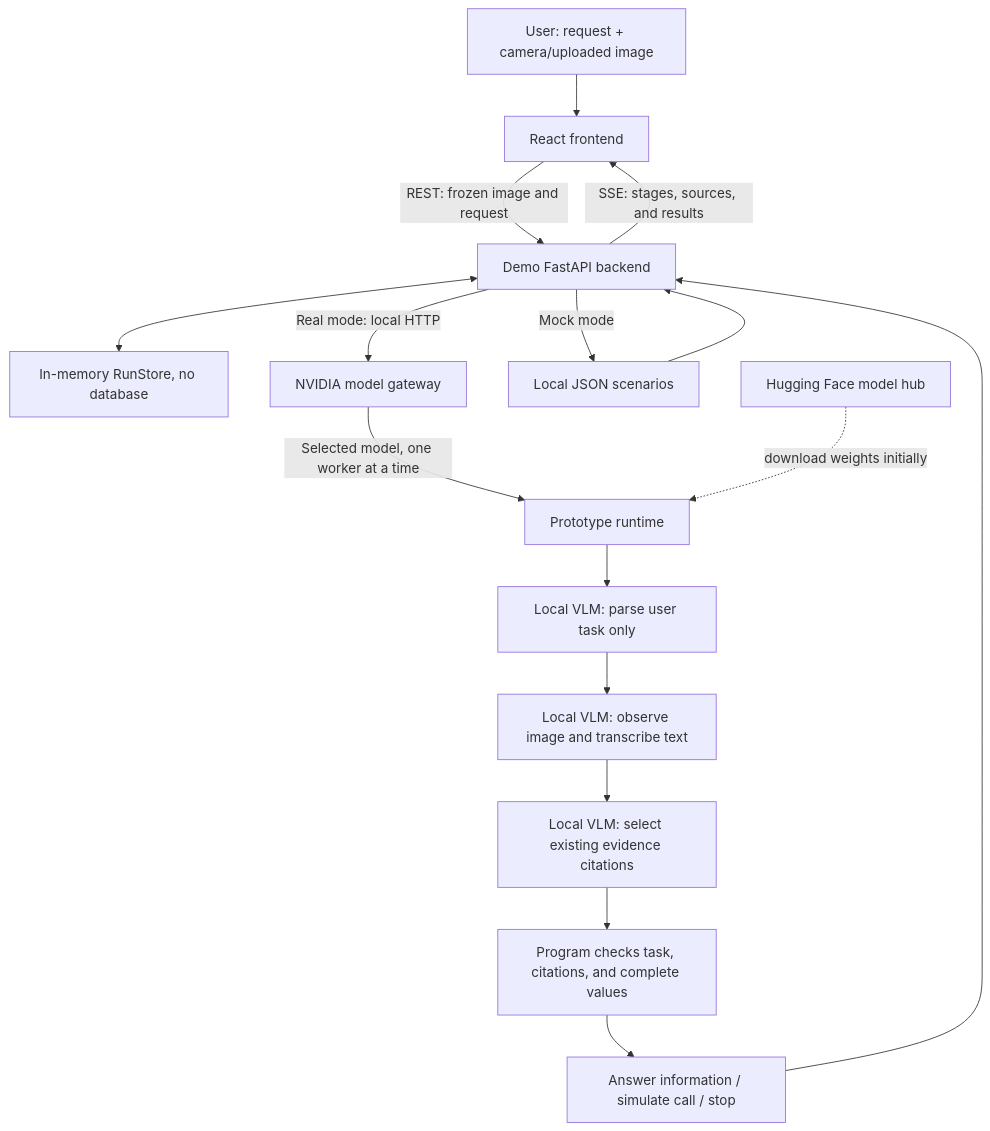
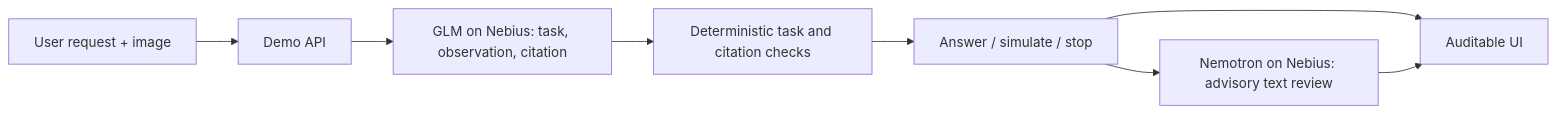
The diagram in README.md (tyc4d/LensGuard), drawn with Mermaid before and after one commit. The commit also changed other lines of this file and 183 other files, not shown here.

Commit message:
Polish demo, research paper and validation evidence

````diff
--- a/README.md
+++ b/README.md
@@ -39,18 +21,10 @@
 ```mermaid
-flowchart TD
-    U[User: request + camera/uploaded image] --> F[React frontend]
-    F -->|REST: frozen image and request| B[Demo FastAPI backend]
-    B -->|SSE: stages, sources, and results| F
-    B <--> R[In-memory RunStore, no database]
-    B -->|Real mode: local HTTP| N[NVIDIA model gateway]
-    N -->|Selected model, one worker at a time| P[Prototype runtime]
-    B -->|Mock mode| M[Local JSON scenarios]
-    P --> T[Local VLM: parse user task only]
-    T --> V[Local VLM: observe image and transcribe text]
-    V --> C[Local VLM: select existing evidence citations]
-    C --> G[Program checks task, citations, and complete values]
-    G --> O[Answer information / simulate call / stop]
-    O --> B
-    M --> B
-    H[Hugging Face model hub] -.download weights initially.-> P
+flowchart LR
+    U[User request + image] --> B[Demo API]
+    B --> P[GLM on Nebius: task, observation, citation]
+    P --> G[Deterministic task and citation checks]
+    G --> R[Answer / simulate / stop]
+    R --> N[Nemotron on Nebius: advisory text review]
+    R --> UI[Auditable UI]
+    N --> UI
 ```
````
